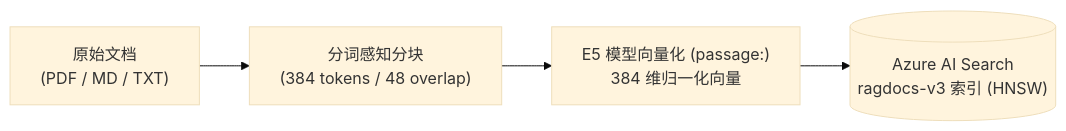
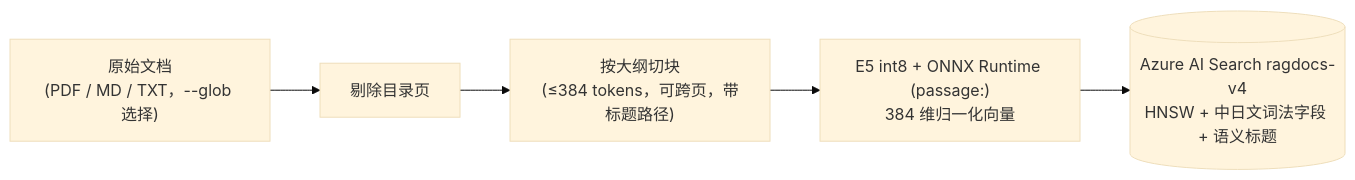
Before and after one commit to workHMZ/aca-ghcr-cicd-lab: the fourth of 9 diagrams in README.md, drawn with Mermaid (base theme). The commit also changed other lines of this file and 40 other files, not shown here.

````diff
--- a/README.md
+++ b/README.md
@@ -253,6 +387,7 @@
 ```mermaid
 flowchart LR
-    Docs["原始文档<br/>(PDF / MD / TXT)"] --> Chunk["分词感知分块<br/>(384 tokens / 48 overlap)"]
-    Chunk --> Embed["E5 模型向量化 (passage:)<br/>384 维归一化向量"]
-    Embed --> Index[("Azure AI Search<br/>ragdocs-v3 索引 (HNSW)")]
+    Docs["原始文档<br/>(PDF / MD / TXT，--glob 选择)"] --> TOC["剔除目录页"]
+    TOC --> Chunk["按大纲切块<br/>(≤384 tokens，可跨页，带标题路径)"]
+    Chunk --> Embed["E5 int8 + ONNX Runtime (passage:)<br/>384 维归一化向量"]
+    Embed --> Index[("Azure AI Search ragdocs-v4<br/>HNSW + 中日文词法字段 + 语义标题")]
 ```
````
